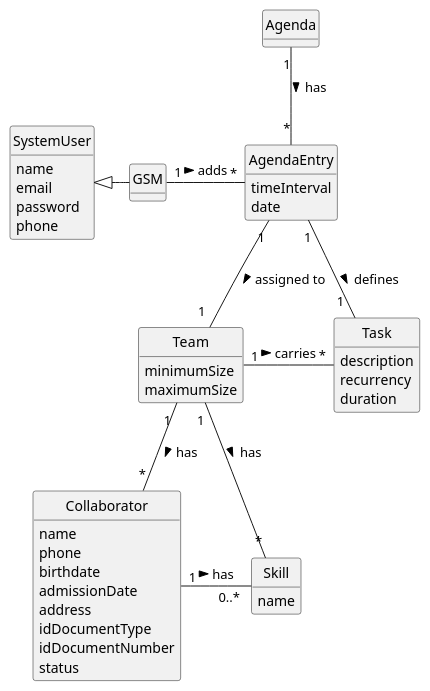
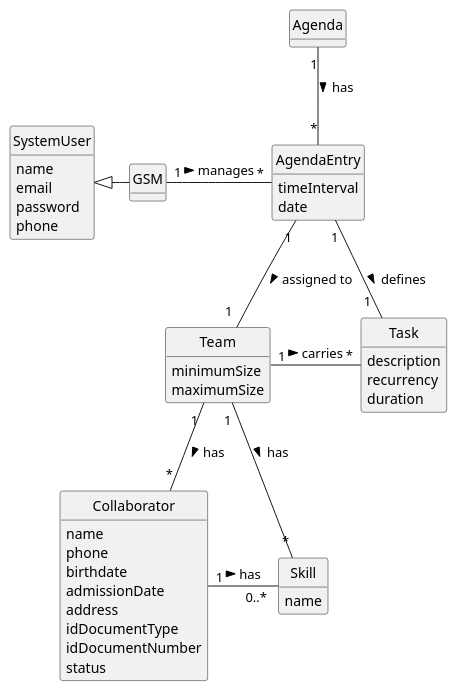
Before and after one commit to Departamento-de-Engenharia-Informatica/lei-24-s2-1do-g164: the diagram in docs/sprintC/us023/02.analysis/puml/us023-domain-model.puml, drawn with PlantUML. The commit also changed 6 other files, not shown here.

```diff
--- a/docs/sprintC/us023/02.analysis/puml/us023-domain-model.puml
+++ b/docs/sprintC/us023/02.analysis/puml/us023-domain-model.puml
@@ -1,77 +1,77 @@
 @startuml
 skinparam monochrome true
 skinparam packageStyle rectangle
 skinparam shadowing false
 
 
 
 skinparam classAttributeIconSize 0
 
 hide circle
 hide methods
 
 
 class GSM {
 }
 
 
 class SystemUser {
     name
     email
     password
     phone
 
 }
 
 class Collaborator {
    name
       phone
       birthdate
       admissionDate
       address
       idDocumentType
       idDocumentNumber
       status
       }
 
 
 
 class Team {
 minimumSize
 maximumSize
 
 }
 
 class Skill {
     name
 }
 
 
 class Agenda {
 }
 
 class AgendaEntry {
 
     timeInterval
     date
 }
 
 
 class Task {
     description
     recurrency
     duration
 }
 
 
 Team "1 " -- "*" Collaborator: has >
 Team "1 " -- "*" Skill : has >
 Collaborator "1 " - "0..* " Skill : has >
 SystemUser <|- GSM
-GSM"1" - "*" AgendaEntry: adds >
+GSM"1" - "*" AgendaEntry: manages >
 AgendaEntry"1"-- "1  " Team: assigned to >
 Agenda "1" -- "*" AgendaEntry : has >
 AgendaEntry "1" -- "1  " Task : defines >
 Team "1" - "*" Task:   carries  >
 
 @enduml
```
